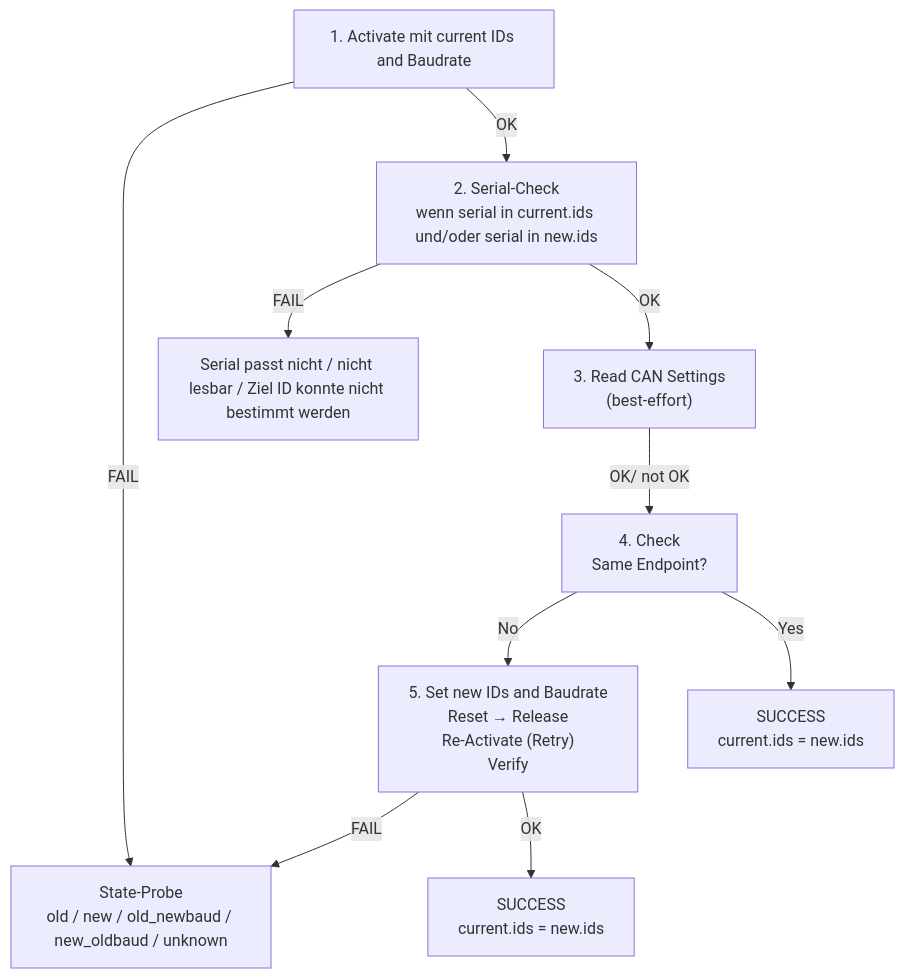
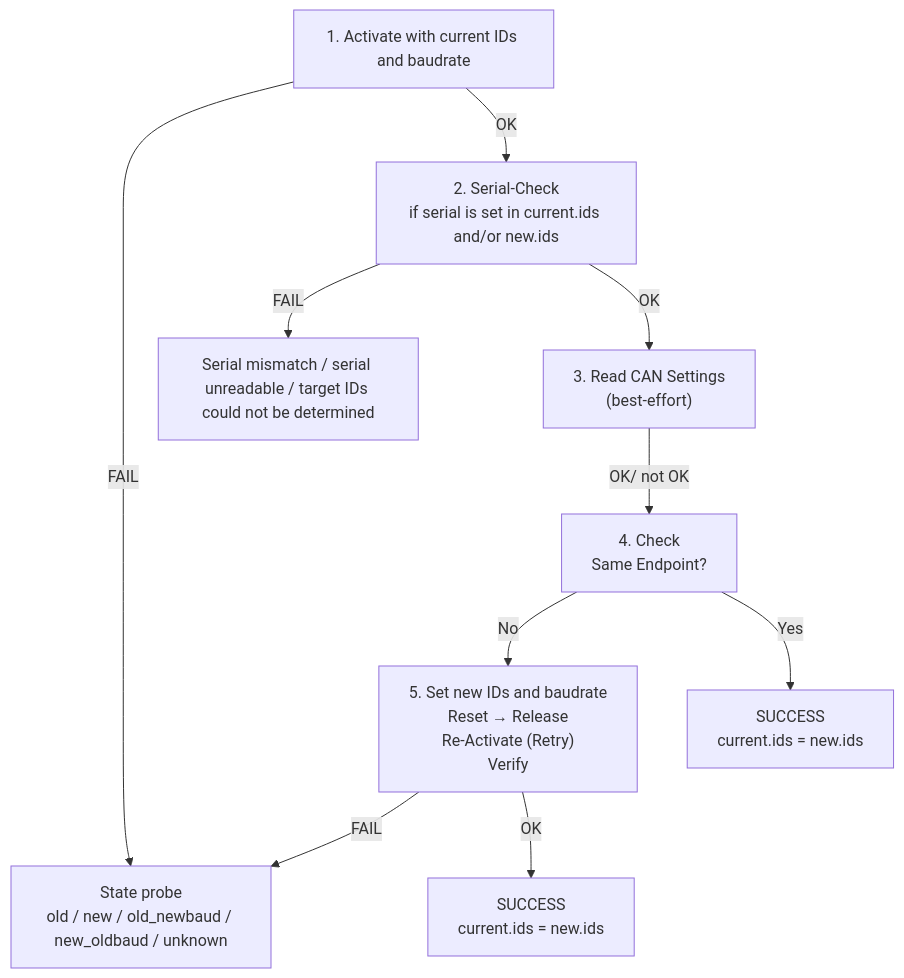
Before and after one commit to me-systeme/StartupCAN: the first of 12 diagrams in README.md, drawn with Mermaid. The commit also changed other lines of this file and 10 other files, not shown here.

````diff
--- a/README.md
+++ b/README.md
@@ -10,19 +103,19 @@
 ```mermaid
 flowchart TD
-  B["1. Activate mit current IDs and Baudrate"]
+  B["1. Activate with current IDs and baudrate"]
 
   B -->|FAIL| P
-  B -->|OK| C["2. Serial-Check<br/>wenn serial in current.ids und/oder serial in new.ids"]
+  B -->|OK| C["2. Serial-Check<br/>if serial is set in current.ids and/or new.ids"]
 
-  C -->|FAIL| F2["Serial passt nicht / nicht lesbar / Ziel ID konnte nicht bestimmt werden"]
+  C -->|FAIL| F2["Serial mismatch / serial unreadable / target IDs could not be determined"]
   C -->|OK| D["3. Read CAN Settings<br/>(best-effort)"]
 
   D -->|OK/ not OK| E["4. Check <br/>Same Endpoint?"]
   
-  E -->|No| F["5. Set new IDs and Baudrate<br/>Reset → Release<br/>Re-Activate (Retry)<br/>Verify"]
+  E -->|No| F["5. Set new IDs and baudrate<br/>Reset → Release<br/>Re-Activate (Retry)<br/>Verify"]
   E -->|Yes| F3["SUCCESS<br/>current.ids = new.ids"]
   
-  F -->|FAIL| P["State-Probe<br/>old / new / old_newbaud / new_oldbaud / unknown"]
+  F -->|FAIL| P["State probe<br/>old / new / old_newbaud / new_oldbaud / unknown"]
   F -->|OK| S["SUCCESS<br/>current.ids = new.ids"]
 
 ``` 
````
